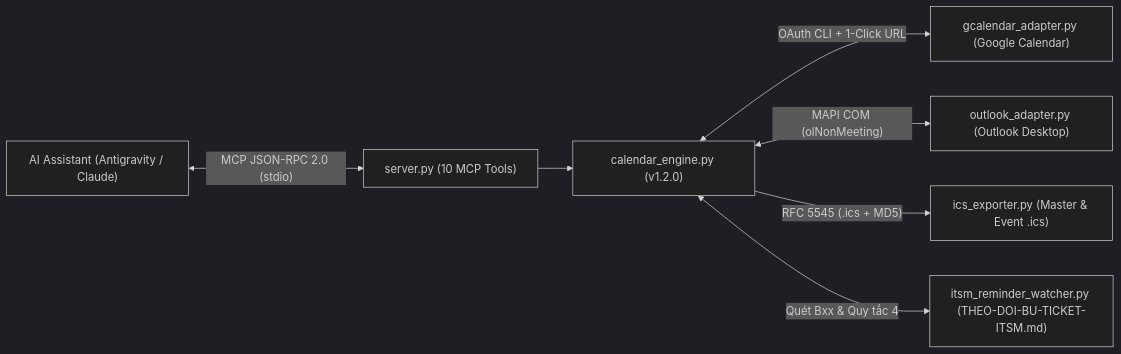
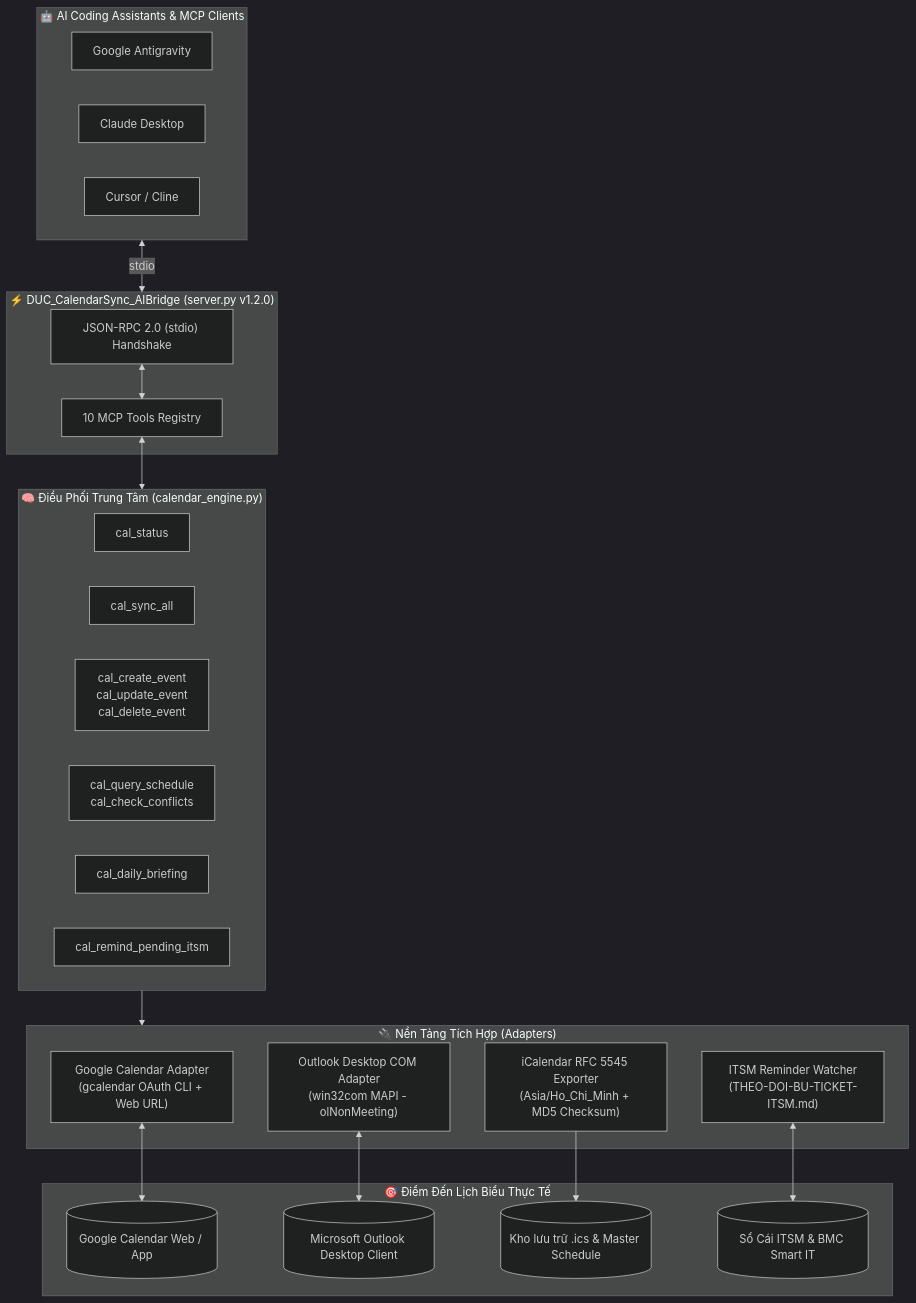
Before and after one commit to DucWorker97/DUC_CalendarSync_AIBridge: the diagram in README.md, drawn with Mermaid (dark theme). The commit also changed other lines of this file and 3 other files, not shown here.

````diff
--- a/README.md
+++ b/README.md
@@ -11,9 +29,45 @@
 ```mermaid
-flowchart LR
-    AI["AI Assistant (Antigravity / Claude)"] <-->|"MCP JSON-RPC 2.0 (stdio)"| SRV["server.py (10 MCP Tools)"]
-    SRV --> ENG["calendar_engine.py (v1.2.0)"]
-    ENG <-->|"OAuth CLI + 1-Click URL"| GCAL["gcalendar_adapter.py (Google Calendar)"]
-    ENG <-->|"MAPI COM (olNonMeeting)"| OL["outlook_adapter.py (Outlook Desktop)"]
-    ENG -->|"RFC 5545 (.ics + MD5)"| ICS["ics_exporter.py (Master & Event .ics)"]
-    ENG <-->|"Quét Bxx & Quy tắc 4"| ITSM["itsm_reminder_watcher.py (THEO-DOI-BU-TICKET-ITSM.md)"]
+flowchart TD
+    subgraph Clients["🤖 AI Coding Assistants & MCP Clients"]
+        AGY["Google Antigravity"]
+        CLAUDE["Claude Desktop"]
+        CURSOR["Cursor / Cline"]
+    end
+
+    subgraph MCPServer["⚡ DUC_CalendarSync_AIBridge (server.py v1.2.0)"]
+        STDIO["JSON-RPC 2.0 (stdio) Handshake"]
+        TOOLS["10 MCP Tools Registry"]
+        STDIO <--> TOOLS
+    end
+
+    subgraph CoreEngine["🧠 Điều Phối Trung Tâm (calendar_engine.py)"]
+        STATUS["cal_status"]
+        SYNC["cal_sync_all"]
+        CRUD["cal_create_event\ncal_update_event\ncal_delete_event"]
+        QUERY["cal_query_schedule\ncal_check_conflicts"]
+        BRIEF["cal_daily_briefing"]
+        REMIND["cal_remind_pending_itsm"]
+    end
+
+    subgraph Adapters["🔌 Nền Tảng Tích Hợp (Adapters)"]
+        GCAL["Google Calendar Adapter\n(gcalendar OAuth CLI + Web URL)"]
+        OL["Outlook Desktop COM Adapter\n(win32com MAPI - olNonMeeting)"]
+        ICS["iCalendar RFC 5545 Exporter\n(Asia/Ho_Chi_Minh + MD5 Checksum)"]
+        ITSM["ITSM Reminder Watcher\n(THEO-DOI-BU-TICKET-ITSM.md)"]
+    end
+
+    subgraph Destinations["🎯 Điểm Đến Lịch Biểu Thực Tế"]
+        GCLOUD[("Google Calendar Web / App")]
+        OUTLOOK_APP[("Microsoft Outlook Desktop Client")]
+        ICS_FILES[("Kho lưu trữ .ics & Master Schedule")]
+        LEDGER[("Sổ Cái ITSM & BMC Smart IT")]
+    end
+
+    Clients <-->|"stdio"| MCPServer
+    TOOLS <--> CoreEngine
+    CoreEngine --> Adapters
+    GCAL <--> GCLOUD
+    OL <--> OUTLOOK_APP
+    ICS --> ICS_FILES
+    ITSM <--> LEDGER
 ```
````
